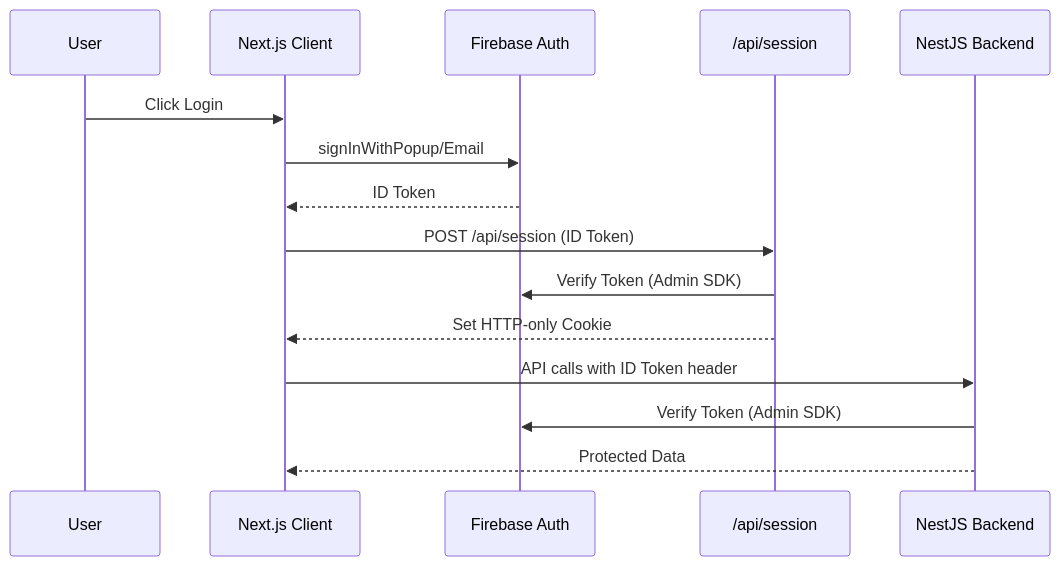
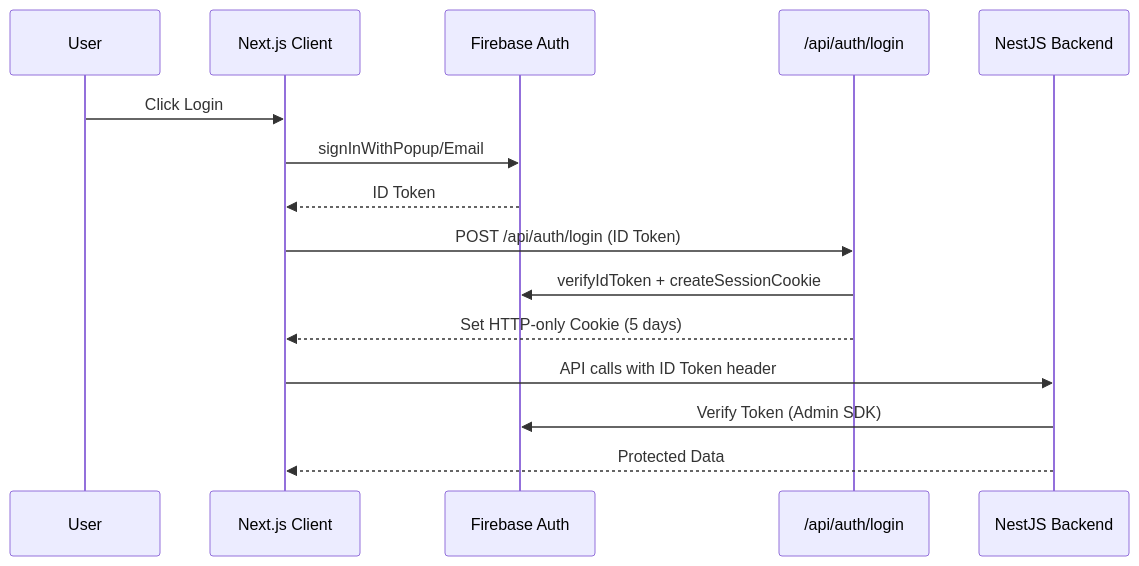
Before and after one commit to Tmaku18/RADIOapp: the second of 4 diagrams in .cursor/plans/Web_App_Implementation_Plan.plan.md, drawn with Mermaid. The commit also changed other lines of this file, not shown here.

Commit message:
docs: Update web app plan to v2.1 - dual Stripe flows, howler.js, shared DTOs

````diff
--- a/.cursor/plans/Web_App_Implementation_Plan.plan.md
+++ b/.cursor/plans/Web_App_Implementation_Plan.plan.md
@@ -141,18 +167,18 @@
 ```mermaid
 sequenceDiagram
     participant User
     participant NextJS as Next.js Client
     participant Firebase as Firebase Auth
-    participant SessionAPI as /api/session
+    participant SessionAPI as /api/auth/login
     participant NestJS as NestJS Backend
     
     User->>NextJS: Click Login
     NextJS->>Firebase: signInWithPopup/Email
     Firebase-->>NextJS: ID Token
-    NextJS->>SessionAPI: POST /api/session (ID Token)
-    SessionAPI->>Firebase: Verify Token (Admin SDK)
-    SessionAPI-->>NextJS: Set HTTP-only Cookie
+    NextJS->>SessionAPI: POST /api/auth/login (ID Token)
+    SessionAPI->>Firebase: verifyIdToken + createSessionCookie
+    SessionAPI-->>NextJS: Set HTTP-only Cookie (5 days)
     NextJS->>NestJS: API calls with ID Token header
     NestJS->>Firebase: Verify Token (Admin SDK)
     NestJS-->>NextJS: Protected Data
 ```
````
